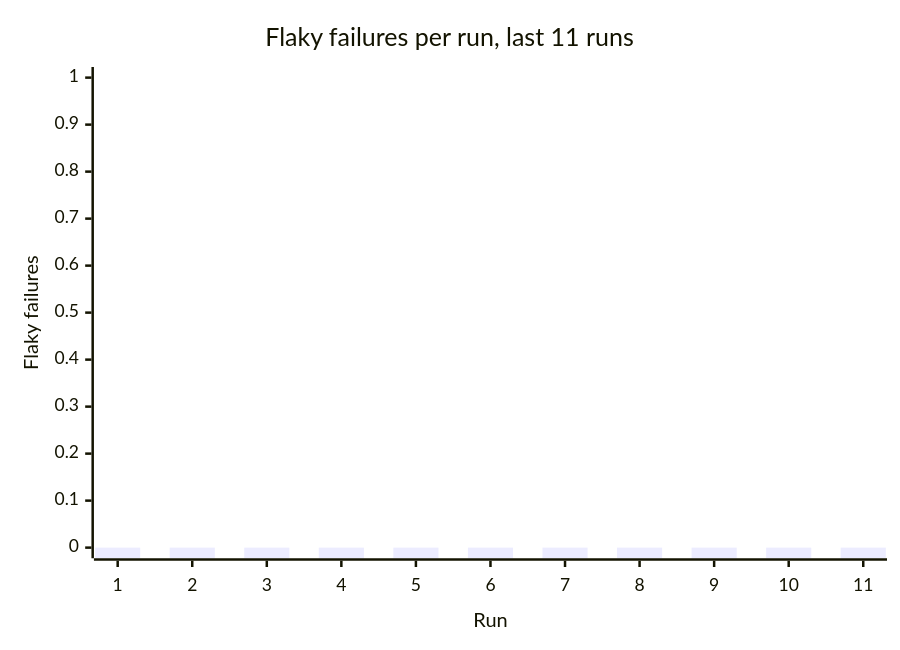
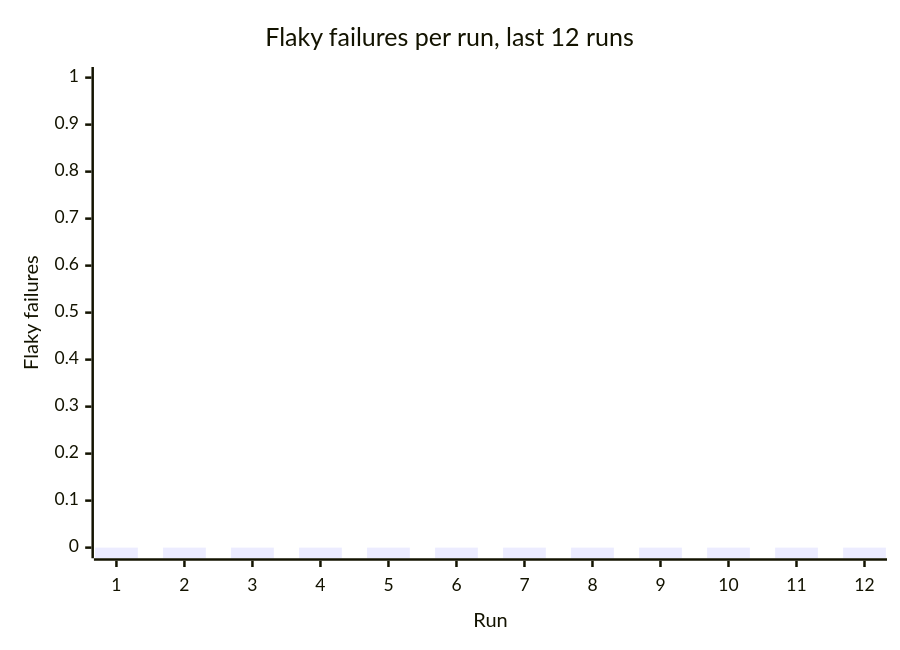
The second of 3 diagrams in reports/summary.md (Shirojoufu/DORA-Metrics), drawn with Mermaid before and after one commit. The commit also changed other lines of this file and 5 other files, not shown here.

````diff
--- a/reports/summary.md
+++ b/reports/summary.md
@@ -25,7 +25,7 @@
 ```mermaid
 xychart-beta
-    title "Flaky failures per run, last 11 runs"
-    x-axis "Run" [1, 2, 3, 4, 5, 6, 7, 8, 9, 10, 11]
+    title "Flaky failures per run, last 12 runs"
+    x-axis "Run" [1, 2, 3, 4, 5, 6, 7, 8, 9, 10, 11, 12]
     y-axis "Flaky failures" 0 --> 1
-    bar [0, 0, 0, 0, 0, 0, 0, 0, 0, 0, 0]
+    bar [0, 0, 0, 0, 0, 0, 0, 0, 0, 0, 0, 0]
 ```
````
